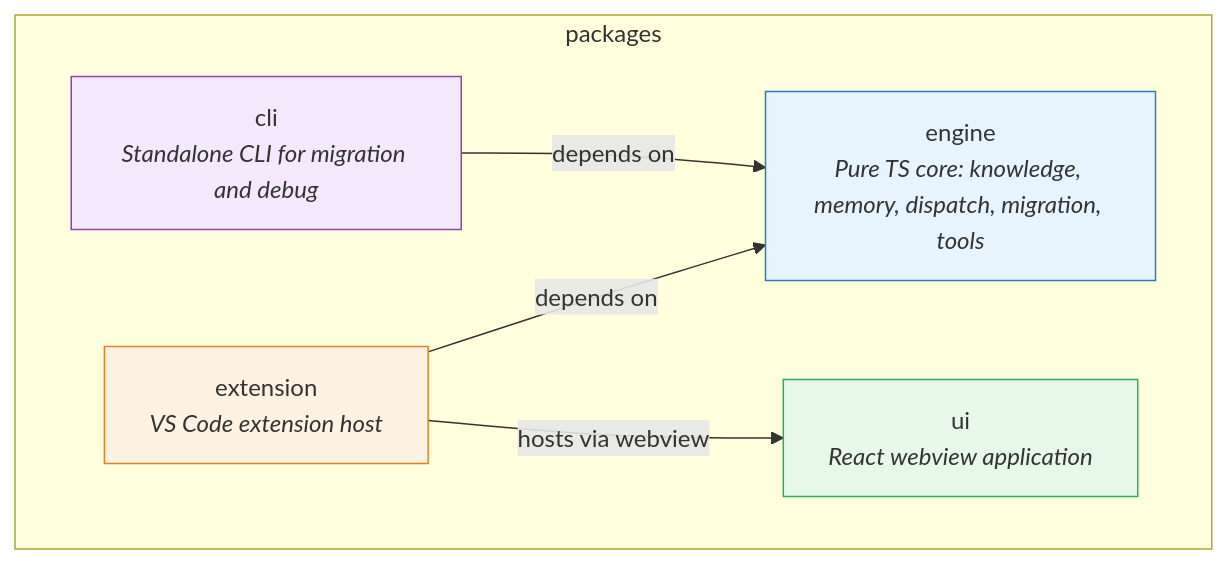
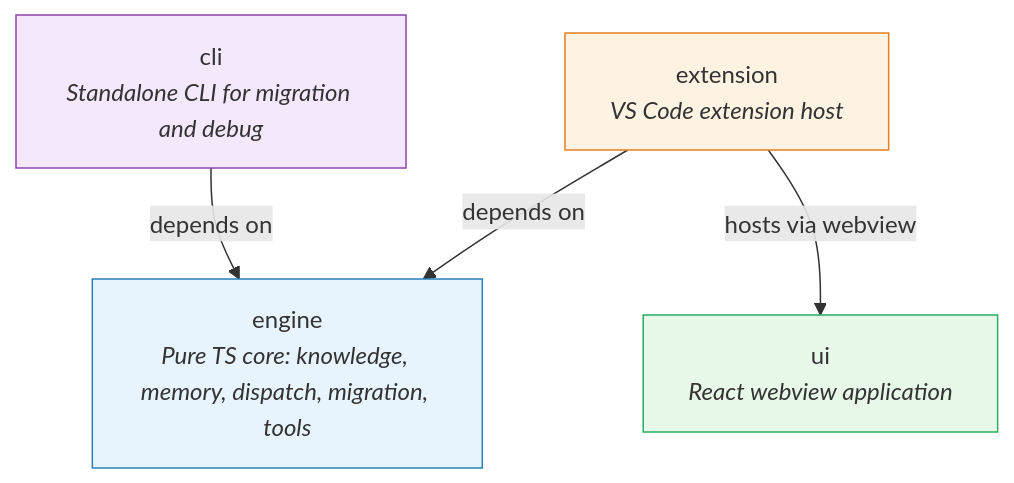
Before and after one commit to nan023062/agent-team-cc: the diagram in packages/.dna/module.md, drawn with Mermaid. The commit also changed other lines of this file and 27 other files, not shown here.

````diff
--- a/packages/.dna/module.md
+++ b/packages/.dna/module.md
@@ -15,18 +15,16 @@
 ```mermaid
 graph TD
-    subgraph packages
-        ENGINE["engine<br/><i>Pure TS core: knowledge, memory, dispatch, migration, tools</i>"]
-        EXT["extension<br/><i>VS Code extension host</i>"]
-        UI["ui<br/><i>React webview application</i>"]
-        CLI["cli<br/><i>Standalone CLI for migration and debug</i>"]
-    end
+    ENGINE["engine<br/><i>Pure TS core: knowledge, memory, dispatch, migration, tools</i>"]
+    EXT["extension<br/><i>VS Code extension host</i>"]
+    UI["ui<br/><i>React webview application</i>"]
+    CLI["cli<br/><i>Standalone CLI for migration and debug</i>"]
 
     EXT -->|"depends on"| ENGINE
     CLI -->|"depends on"| ENGINE
     EXT -->|"hosts via webview"| UI
 
     style ENGINE fill:#e8f4fd,stroke:#2980b9
     style EXT fill:#fef3e2,stroke:#e67e22
     style UI fill:#e8f8e8,stroke:#27ae60
     style CLI fill:#f4e8fd,stroke:#8e44ad
 ```
````
